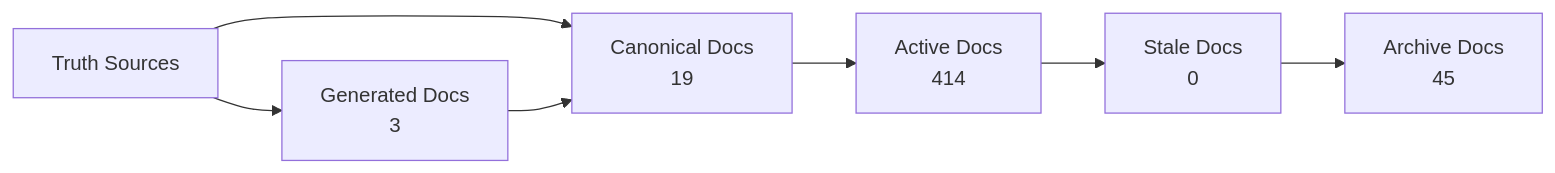
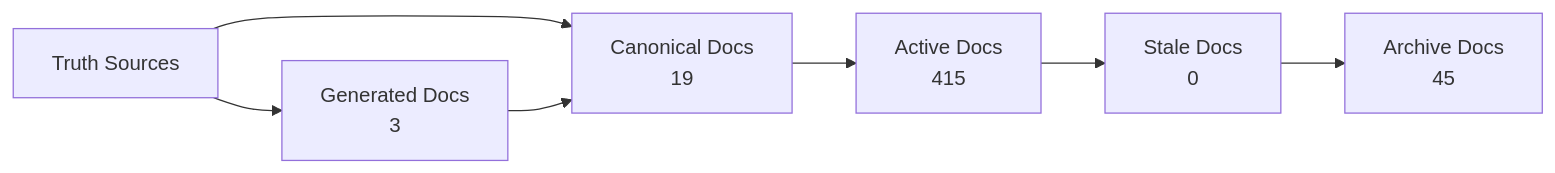
One commit to Latimer-Woods-Tech/Factory changed the diagram in docs/_generated/docs-trust-map.md. Above: the diagram before and after it, drawn with Mermaid. The commit also changed other lines of this file and 7 other files, not shown here.

````diff
--- a/docs/_generated/docs-trust-map.md
+++ b/docs/_generated/docs-trust-map.md
@@ -20,14 +20,14 @@
 ```mermaid
 flowchart LR
   truth["Truth Sources"] --> canonical["Canonical Docs"]
   canonical --> active["Active Docs"]
   active --> stale["Stale Docs"]
   stale --> archive["Archive Docs"]
   canonical["Canonical Docs\n19"]
-  active["Active Docs\n414"]
+  active["Active Docs\n415"]
   stale["Stale Docs\n0"]
   archive["Archive Docs\n45"]
   generated["Generated Docs\n3"]
   truth --> generated
   generated --> canonical
 ```
````
